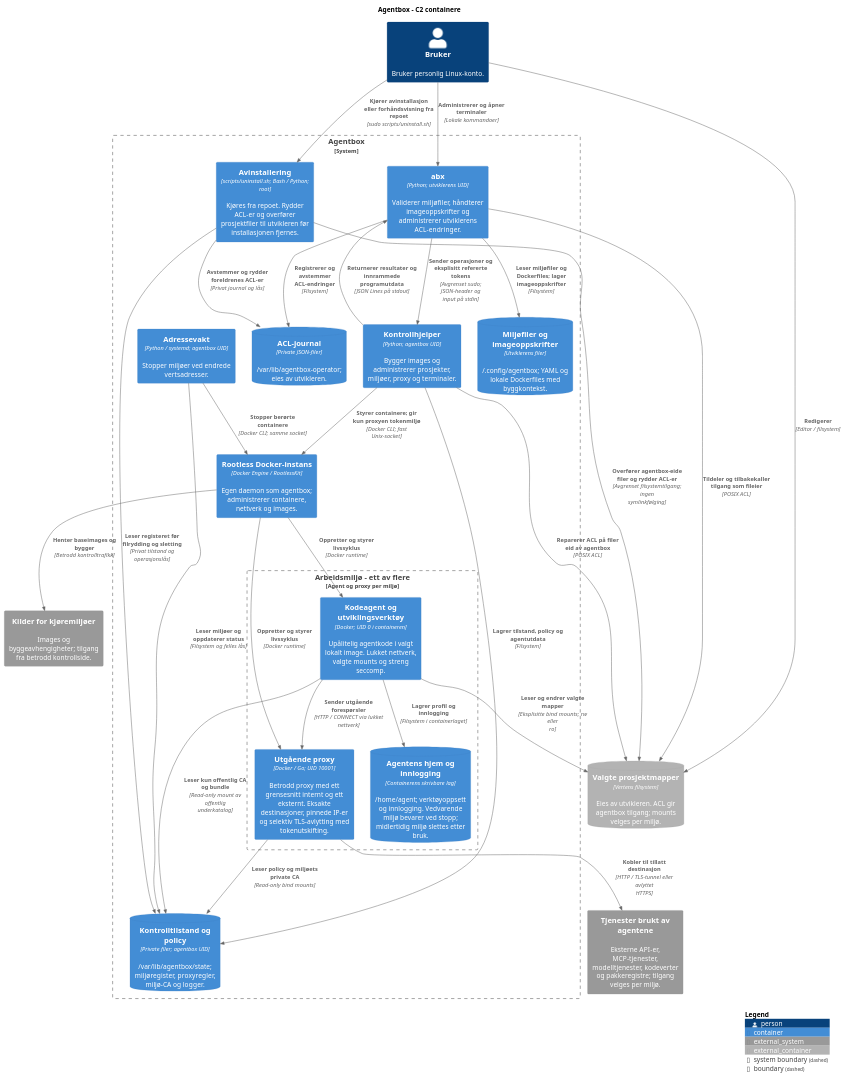
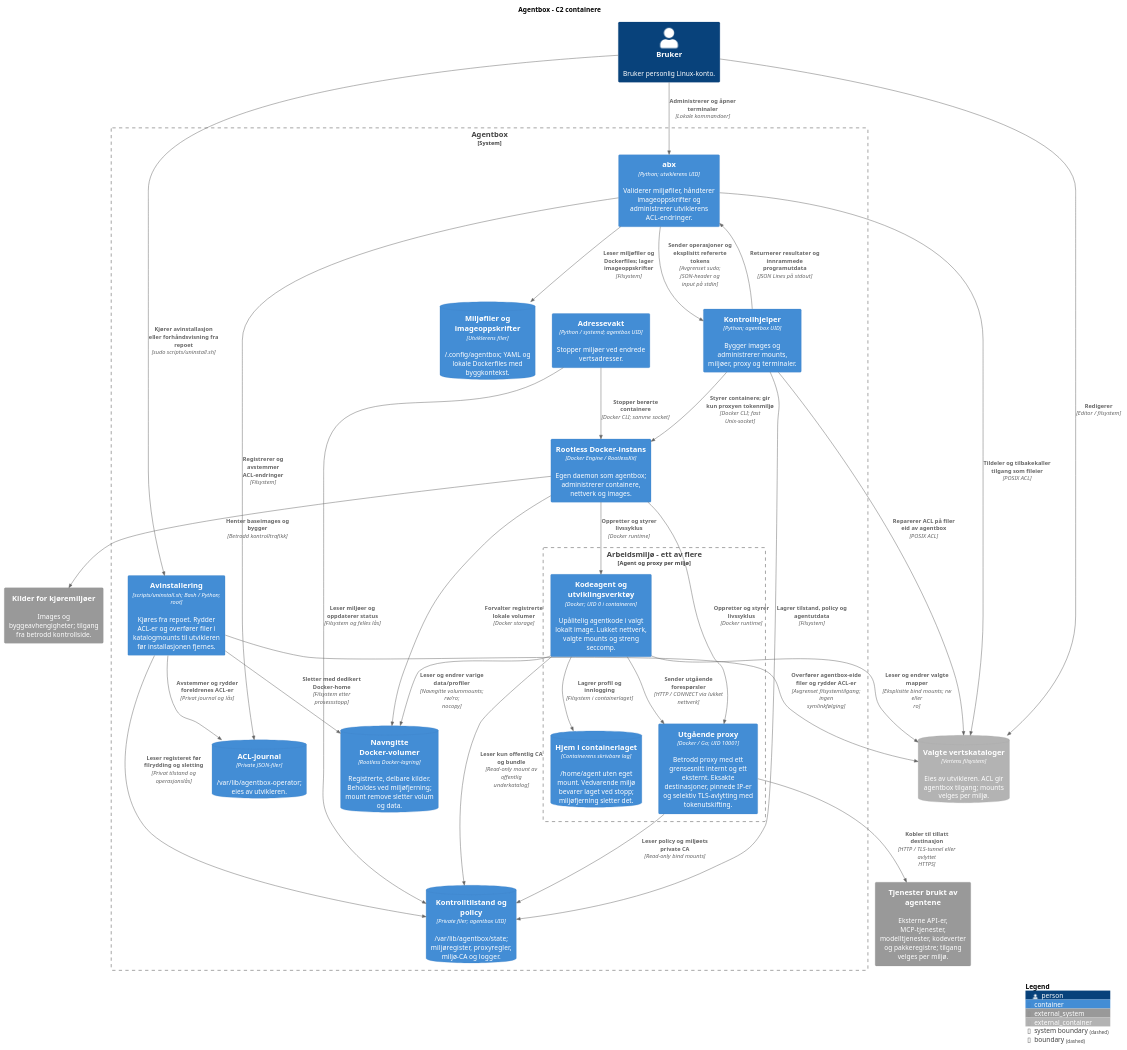
The second of 3 diagrams in docs/architecture-c4.md (oisteink/agentbox), drawn with PlantUML before and after one commit. The commit also changed other lines of this file and 52 other files, not shown here.

Commit message:
Add registered mounts and named volumes

````diff
--- a/docs/architecture-c4.md
+++ b/docs/architecture-c4.md
@@ -59,56 +59,60 @@
 ```plantuml
 @startuml agentbox-containers
 !include <C4/C4_Container>
 LAYOUT_TOP_DOWN()
 title Agentbox - C2 containere
 
 Person(developer, "Bruker", "Bruker personlig Linux-konto.")
-ContainerDb_Ext(projects, "Valgte prosjektmapper", "Vertens filsystem", "Eies av utvikleren. ACL gir agentbox tilgang; mounts velges per miljø.")
+ContainerDb_Ext(directories, "Valgte vertskataloger", "Vertens filsystem", "Eies av utvikleren. ACL gir agentbox tilgang; mounts velges per miljø.")
 System_Ext(services, "Tjenester brukt av agentene", "Eksterne API-er, MCP-tjenester, modelltjenester, kodeverter og pakkeregistre; tilgang velges per miljø.")
 System_Ext(registry, "Kilder for kjøremiljøer", "Images og byggeavhengigheter; tilgang fra betrodd kontrollside.")
 
 System_Boundary(agentbox, "Agentbox") {
     Container(cli, "abx", "Python; utviklerens UID", "Validerer miljøfiler, håndterer imageoppskrifter og administrerer utviklerens ACL-endringer.")
     ContainerDb(recipes, "Miljøfiler og imageoppskrifter", "Utviklerens filer", "~/.config/agentbox; YAML og lokale Dockerfiles med byggkontekst.")
     ContainerDb(journal, "ACL-journal", "Private JSON-filer", "/var/lib/agentbox-operator; eies av utvikleren.")
-    Container(control, "Kontrollhjelper", "Python; agentbox UID", "Bygger images og administrerer prosjekter, miljøer, proxy og terminaler.")
-    Container(uninstall, "Avinstallering", "scripts/uninstall.sh; Bash / Python; root", "Kjøres fra repoet. Rydder ACL-er og overfører prosjektfiler til utvikleren før installasjonen fjernes. ")
+    Container(control, "Kontrollhjelper", "Python; agentbox UID", "Bygger images og administrerer mounts, miljøer, proxy og terminaler.")
+    Container(uninstall, "Avinstallering", "scripts/uninstall.sh; Bash / Python; root", "Kjøres fra repoet. Rydder ACL-er og overfører filer i katalogmounts til utvikleren før installasjonen fjernes. ")
     Container(watch, "Adressevakt", "Python / systemd; agentbox UID", "Stopper miljøer ved endrede vertsadresser.")
+    ContainerDb(volumes, "Navngitte Docker-volumer", "Rootless Docker-lagring", "Registrerte, delbare kilder. Beholdes ved miljøfjerning; mount remove sletter volum og data.")
     ContainerDb(state, "Kontrolltilstand og policy", "Private filer; agentbox UID", "/var/lib/agentbox/state; miljøregister, proxyregler, miljø-CA og logger.")
     Container(docker, "Rootless Docker-instans", "Docker Engine / RootlessKit", "Egen daemon som agentbox; administrerer containere, nettverk og images.")
 
     Boundary(environment, "Arbeidsmiljø - ett av flere", "Agent og proxy per miljø") {
         Container(agent, "Kodeagent og utviklingsverktøy", "Docker; UID 0 i containeren", "Upålitelig agentkode i valgt lokalt image. Lukket nettverk, valgte mounts og streng seccomp.")
         Container(proxy, "Utgående proxy", "Docker / Go; UID 10001", "Betrodd proxy med ett grensesnitt internt og ett eksternt. Eksakte destinasjoner, pinnede IP-er og selektiv TLS-avlytting med tokenutskifting.")
-        ContainerDb(home, "Agentens hjem og innlogging", "Containerens skrivbare lag", "/home/agent; verktøyoppsett og innlogging. Vedvarende miljø bevarer ved stopp; midlertidig miljø slettes etter bruk.")
+        ContainerDb(home, "Hjem i containerlaget", "Containerens skrivbare lag", "/home/agent uten eget mount. Vedvarende miljø bevarer laget ved stopp; miljøfjerning sletter det.")
     }
 }
 
 Rel(developer, cli, "Administrerer og åpner terminaler", "Lokale kommandoer")
-Rel(developer, projects, "Redigerer", "Editor / filsystem")
+Rel(developer, directories, "Redigerer", "Editor / filsystem")
 Rel(cli, recipes, "Leser miljøfiler og Dockerfiles; lager imageoppskrifter", "Filsystem")
 Rel(cli, journal, "Registrerer og avstemmer ACL-endringer", "Filsystem")
-Rel(cli, projects, "Tildeler og tilbakekaller tilgang som fileier", "POSIX ACL")
+Rel(cli, directories, "Tildeler og tilbakekaller tilgang som fileier", "POSIX ACL")
 Rel(cli, control, "Sender operasjoner og eksplisitt refererte tokens", "Avgrenset sudo; JSON-header og input på stdin")
 Rel(control, cli, "Returnerer resultater og innrammede programutdata", "JSON Lines på stdout")
 Rel(developer, uninstall, "Kjører avinstallasjon eller forhåndsvisning fra repoet", "sudo scripts/uninstall.sh")
-Rel(uninstall, projects, "Overfører agentbox-eide filer og rydder ACL-er", "Avgrenset filsystemtilgang; ingen symlinkfølging")
+Rel(uninstall, directories, "Overfører agentbox-eide filer og rydder ACL-er", "Avgrenset filsystemtilgang; ingen symlinkfølging")
 Rel(uninstall, state, "Leser registeret før filrydding og sletting", "Privat tilstand og operasjonslås")
 Rel(uninstall, journal, "Avstemmer og rydder foreldrenes ACL-er", "Privat journal og lås")
-Rel(control, projects, "Reparerer ACL på filer eid av agentbox", "POSIX ACL")
+Rel(control, directories, "Reparerer ACL på filer eid av agentbox", "POSIX ACL")
 Rel(control, state, "Lagrer tilstand, policy og agentutdata", "Filsystem")
 Rel(watch, state, "Leser miljøer og oppdaterer status", "Filsystem og felles lås")
 Rel(control, docker, "Styrer containere; gir kun proxyen tokenmiljø", "Docker CLI; fast Unix-socket")
 Rel(watch, docker, "Stopper berørte containere", "Docker CLI; samme socket")
 Rel(docker, agent, "Oppretter og styrer livssyklus", "Docker runtime")
 Rel(docker, proxy, "Oppretter og styrer livssyklus", "Docker runtime")
 Rel(docker, registry, "Henter baseimages og bygger", "Betrodd kontrolltrafikk")
-Rel(agent, projects, "Leser og endrer valgte mapper", "Eksplisitte bind mounts; rw eller ro")
+Rel(agent, directories, "Leser og endrer valgte mapper", "Eksplisitte bind mounts; rw eller ro")
+Rel(docker, volumes, "Forvalter registrerte lokale volumer", "Docker storage")
+Rel(agent, volumes, "Leser og endrer varige data/profiler", "Navngitte volummounts; rw/ro; nocopy")
+Rel(uninstall, volumes, "Sletter med dedikert Docker-home", "Filsystem etter prosessstopp")
 Rel(agent, home, "Lagrer profil og innlogging", "Filsystem i containerlaget")
 Rel(agent, proxy, "Sender utgående forespørsler", "HTTP / CONNECT via lukket nettverk")
 Rel(proxy, state, "Leser policy og miljøets private CA", "Read-only bind mounts")
 Rel(agent, state, "Leser kun offentlig CA og bundle", "Read-only mount av offentlig underkatalog")
 Rel(proxy, services, "Kobler til tillatt destinasjon", "HTTP / TLS-tunnel eller avlyttet HTTPS")
 SHOW_LEGEND()
 @enduml
 ```
````
